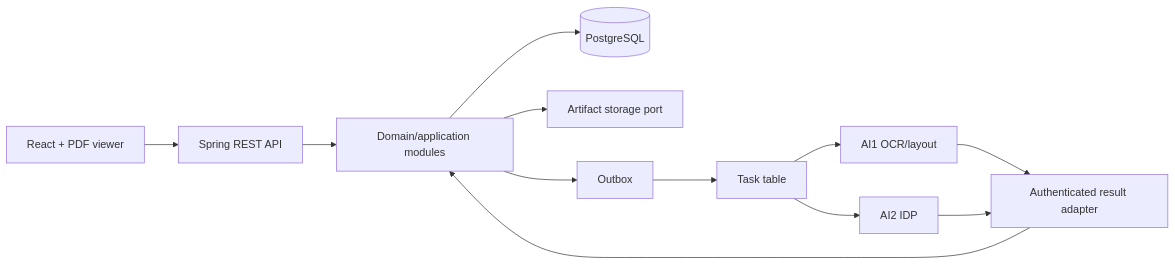
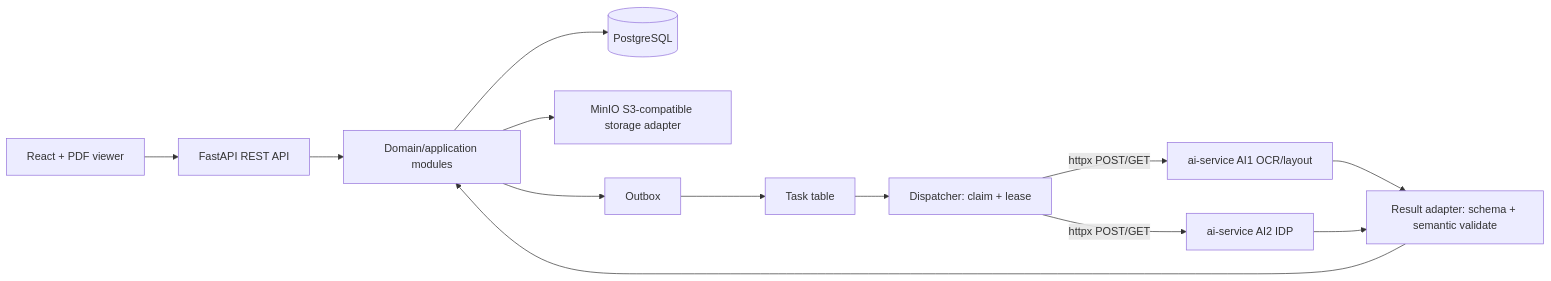
The third of 31 diagrams in docs/DOC-04-architecture.md (AI20K-VGR/contract-intelligence-core), drawn with Mermaid before and after one commit. The commit also changed other lines of this file and 16 other files, not shown here.

First line of the commit message:
docs(repo): align stack to FastAPI backend-push, fix cross-document contract gaps

````diff
--- a/docs/DOC-04-architecture.md
+++ b/docs/DOC-04-architecture.md
@@ -125,14 +127,15 @@
 ```mermaid
 flowchart LR
-  FE[React + PDF viewer] --> HTTP[Spring REST API]
+  FE[React + PDF viewer] --> HTTP[FastAPI REST API]
   HTTP --> DOMAIN[Domain/application modules]
   DOMAIN --> PG[(PostgreSQL)]
-  DOMAIN --> STORE[Artifact storage port]
+  DOMAIN --> STORE[MinIO S3-compatible storage adapter]
   DOMAIN --> OUTBOX[Outbox]
   OUTBOX --> TASK[Task table]
-  TASK --> AI1[AI1 OCR/layout]
-  TASK --> AI2[AI2 IDP]
-  AI1 --> RESULT[Authenticated result adapter]
+  TASK --> DISP[Dispatcher: claim + lease]
+  DISP -- httpx POST/GET --> AI1[ai-service AI1 OCR/layout]
+  DISP -- httpx POST/GET --> AI2[ai-service AI2 IDP]
+  AI1 --> RESULT[Result adapter: schema + semantic validate]
   AI2 --> RESULT
   RESULT --> DOMAIN
 ```
````
